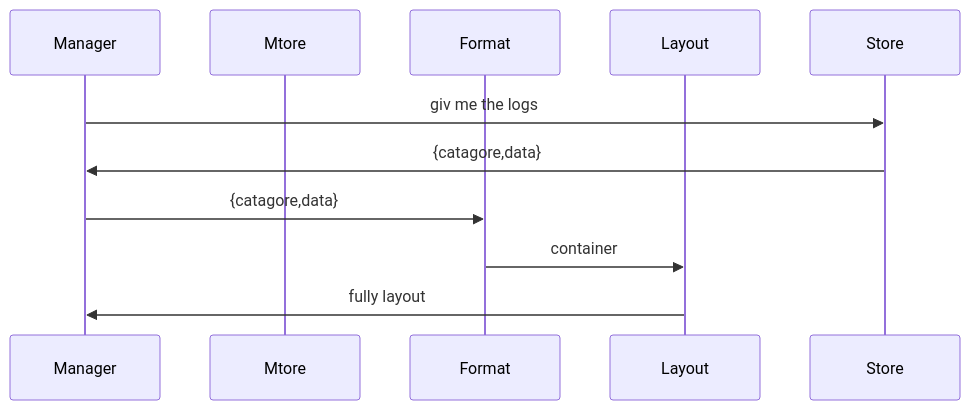
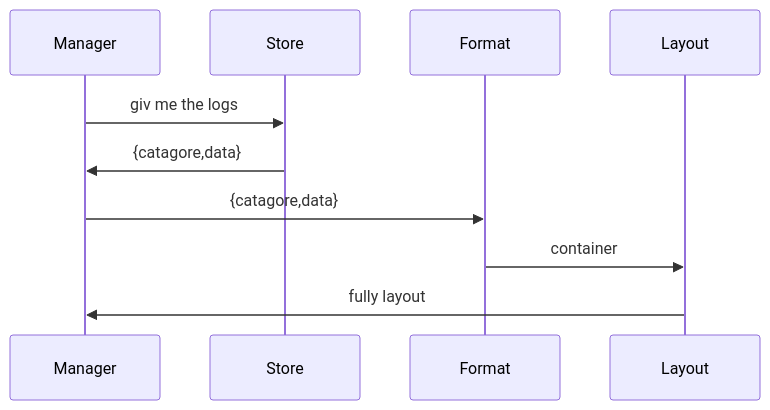
Before and after one commit to moo-m/MDev: the second of 2 diagrams in README.md, drawn with Mermaid.

````diff
--- a/README.md
+++ b/README.md
@@ -133,12 +133,12 @@
 ```mermaid
 sequenceDiagram
 participant Manager
-participant Mtore
+participant Store
 participant Format
 participant Layout
 Manager ->> Store:giv me the logs
 Store ->> Manager:{catagore,data}
 Manager ->> Format:{catagore,data}
 Format ->> Layout:container
 Layout ->> Manager:fully layout
 ```
````
